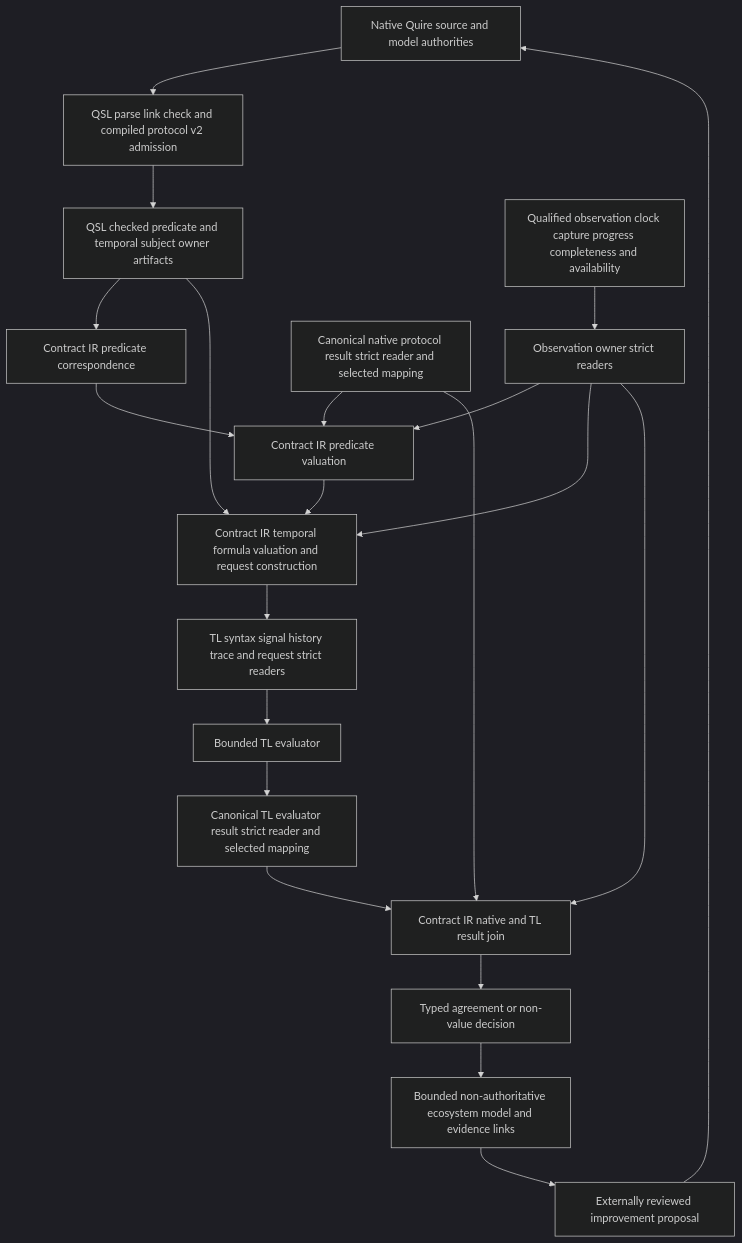
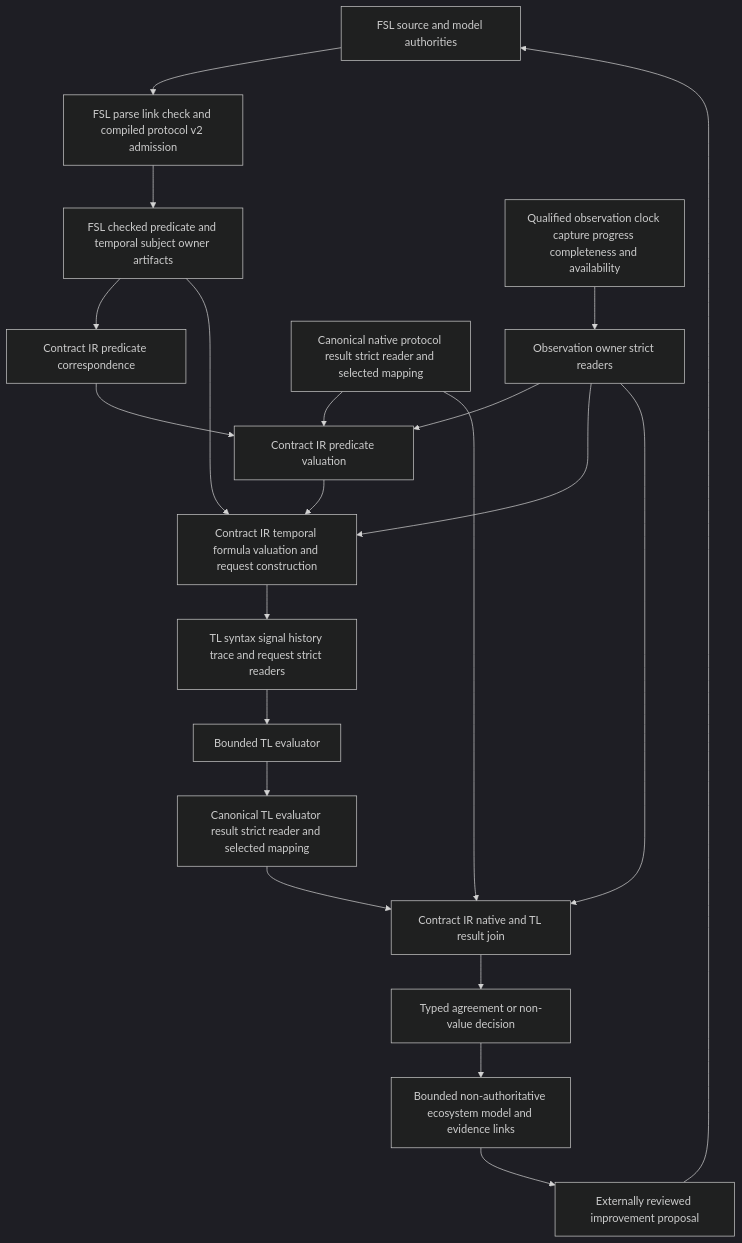
Before and after one commit to agent-ix/tl-syntax: the first of 2 diagrams in spec/ecosystem/process/PROC-001-native-temporal-assessment.md, drawn with Mermaid (dark theme). The commit also changed other lines of this file and 56 other files, not shown here.

````diff
--- a/spec/ecosystem/process/PROC-001-native-temporal-assessment.md
+++ b/spec/ecosystem/process/PROC-001-native-temporal-assessment.md
@@ -31,23 +31,23 @@
 ```mermaid
 flowchart TD
-    Source[Native Quire source and model authorities] --> Compile[QSL parse link check and compiled protocol v2 admission]
-    Compile --> NativeView[QSL checked predicate and temporal subject owner artifacts]
+    Source[FSL source and model authorities] --> Compile[FSL parse link check and compiled protocol v2 admission]
+    Compile --> NativeView[FSL checked predicate and temporal subject owner artifacts]
     Observation[Qualified observation clock capture progress completeness and availability] --> ObservationView[Observation owner strict readers]
     NativeView --> PredicateProjection[Contract IR predicate correspondence]
     ObservationView --> PredicateValuation[Contract IR predicate valuation]
     ProtocolResult[Canonical native protocol result strict reader and selected mapping] --> PredicateValuation
     PredicateProjection --> PredicateValuation
     PredicateValuation --> TemporalProjection[Contract IR temporal formula valuation and request construction]
     NativeView --> TemporalProjection
     ObservationView --> TemporalProjection
     TemporalProjection --> TlRead[TL syntax signal history trace and request strict readers]
     TlRead --> TlEvaluate[Bounded TL evaluator]
     TlEvaluate --> TlResult[Canonical TL evaluator result strict reader and selected mapping]
     ProtocolResult --> ResultJoin[Contract IR native and TL result join]
     TlResult --> ResultJoin
     ObservationView --> ResultJoin
     ResultJoin --> Decision[Typed agreement or non-value decision]
     Decision --> ModelExport[Bounded non-authoritative ecosystem model and evidence links]
     ModelExport --> Proposal[Externally reviewed improvement proposal]
     Proposal --> Source
 ```
````
